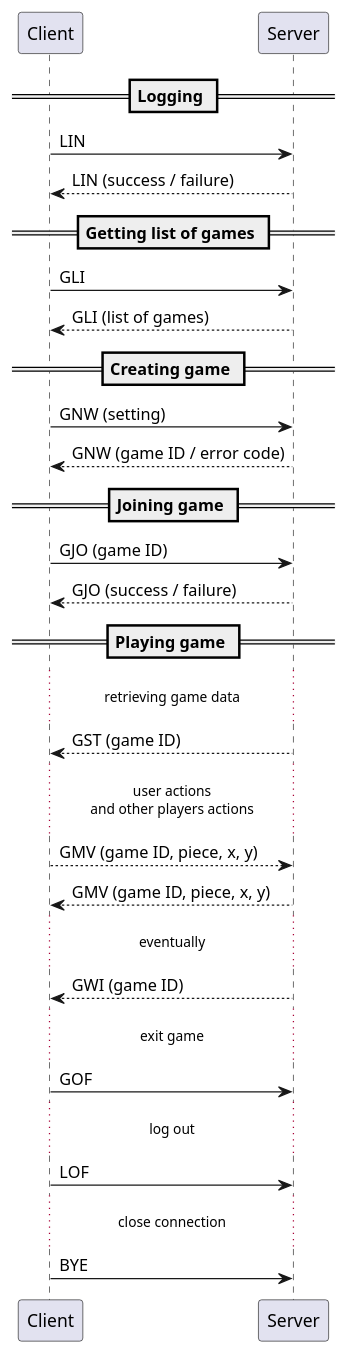
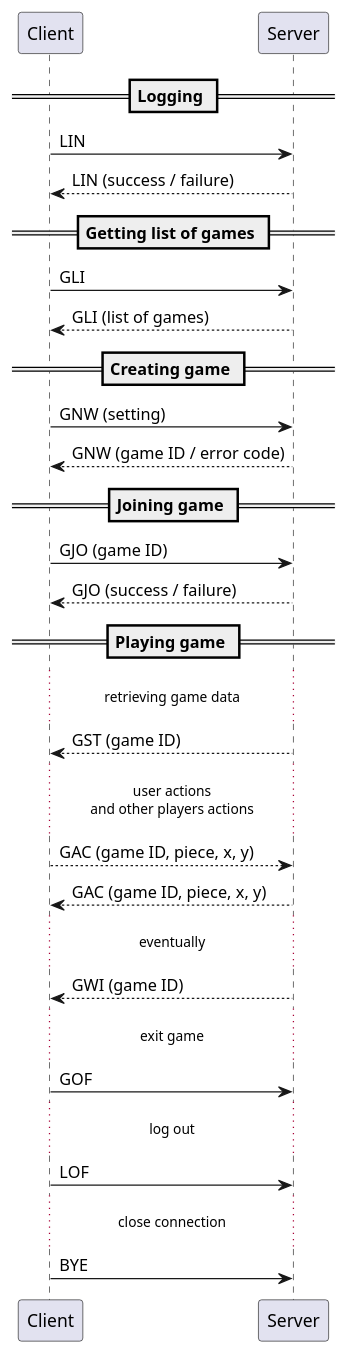
Before and after one commit to Hartrik/KIV-UPS: the diagram in doc/sequence-diagram.puml, drawn with PlantUML. The commit also changed 7 other files, not shown here.

```diff
--- a/doc/sequence-diagram.puml
+++ b/doc/sequence-diagram.puml
@@ -1,49 +1,49 @@
 @startuml
 
 == Logging ==
 
 Client -> Server: LIN
 Client <-- Server: LIN (success / failure)
 
 == Getting list of games ==
 
 Client -> Server: GLI
 Client <-- Server: GLI (list of games)
 
 == Creating game ==
 Client -> Server: GNW (setting)
 Client <-- Server: GNW (game ID / error code)
 
 == Joining game ==
 
 Client -> Server: GJO (game ID)
 Client <-- Server: GJO (success / failure)
 
 == Playing game ==
 
 ...retrieving game data...
 
 Client <-- Server: GST (game ID)
 
 ...user actions\nand other players actions...
 
-Client --> Server: GMV (game ID, piece, x, y)
-Client <-- Server: GMV (game ID, piece, x, y)
+Client --> Server: GAC (game ID, piece, x, y)
+Client <-- Server: GAC (game ID, piece, x, y)
 
 ...eventually...
 
 Client <-- Server: GWI (game ID)
 
 ...exit game...
 
 Client -> Server: GOF
 
 ...log out...
 
 Client -> Server: LOF
 
 ...close connection...
 
 Client -> Server: BYE
 
 @enduml
```
